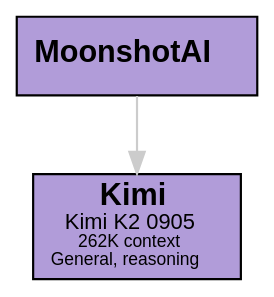
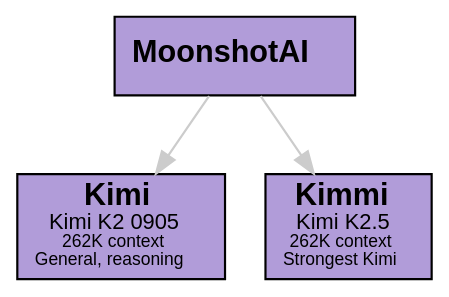
One commit to sswam/allemande changed the tenth of 15 diagrams in doc/guide.md. Above: the diagram before and after it, drawn with Graphviz. The commit also changed other lines of this file, not shown here.

````diff
--- a/doc/guide.md
+++ b/doc/guide.md
@@ -515,12 +524,14 @@
 ```dot
 digraph MoonshotAI {
     graph [bgcolor=transparent]
     edge [color="#CCCCCC"]
     node [shape=box, style=filled, fillcolor="#B19CD9", fontname="Helvetica"]
 
     "MoonshotAI" [label=<<b>MoonshotAI</b>>]
     "Kimi" [label=<<b>Kimi</b><br/><font point-size="10">Kimi K2 0905</font><br/><font point-size="8">262K context</font><br/><font point-size="8">General, reasoning</font>>]
+    "Kimmi" [label=<<b>Kimmi</b><br/><font point-size="10">Kimi K2.5</font><br/><font point-size="8">262K context</font><br/><font point-size="8">Strongest Kimi</font>>]
 
     "MoonshotAI" -> "Kimi"
+    "MoonshotAI" -> "Kimmi"
 }
 ```
````
